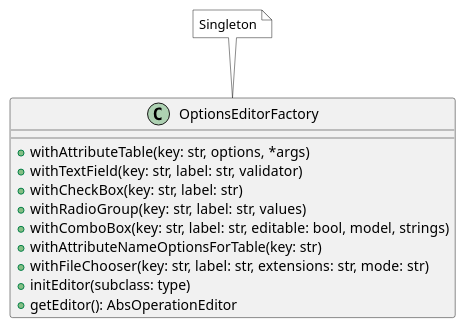
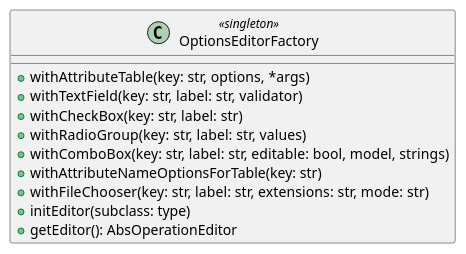
Before and after one commit to alezanga/dataMole: the third of 3 diagrams in uml/operation.puml, drawn with PlantUML. The commit also changed 172 other files, not shown here.

```diff
--- a/uml/operation.puml
+++ b/uml/operation.puml
@@ -64,17 +64,15 @@
 @startuml factory
 
-class OptionsEditorFactory {
+class OptionsEditorFactory <<singleton>> {
   + withAttributeTable(key: str, options, *args)
   + withTextField(key: str, label: str, validator)
   + withCheckBox(key: str, label: str)
   + withRadioGroup(key: str, label: str, values)
   + withComboBox(key: str, label: str, editable: bool, model, strings)
   + withAttributeNameOptionsForTable(key: str)
   + withFileChooser(key: str, label: str, extensions: str, mode: str)  
   + initEditor(subclass: type)
   + getEditor(): AbsOperationEditor
 }
 
-note top of OptionsEditorFactory #White: Singleton
-
 @enduml
```
